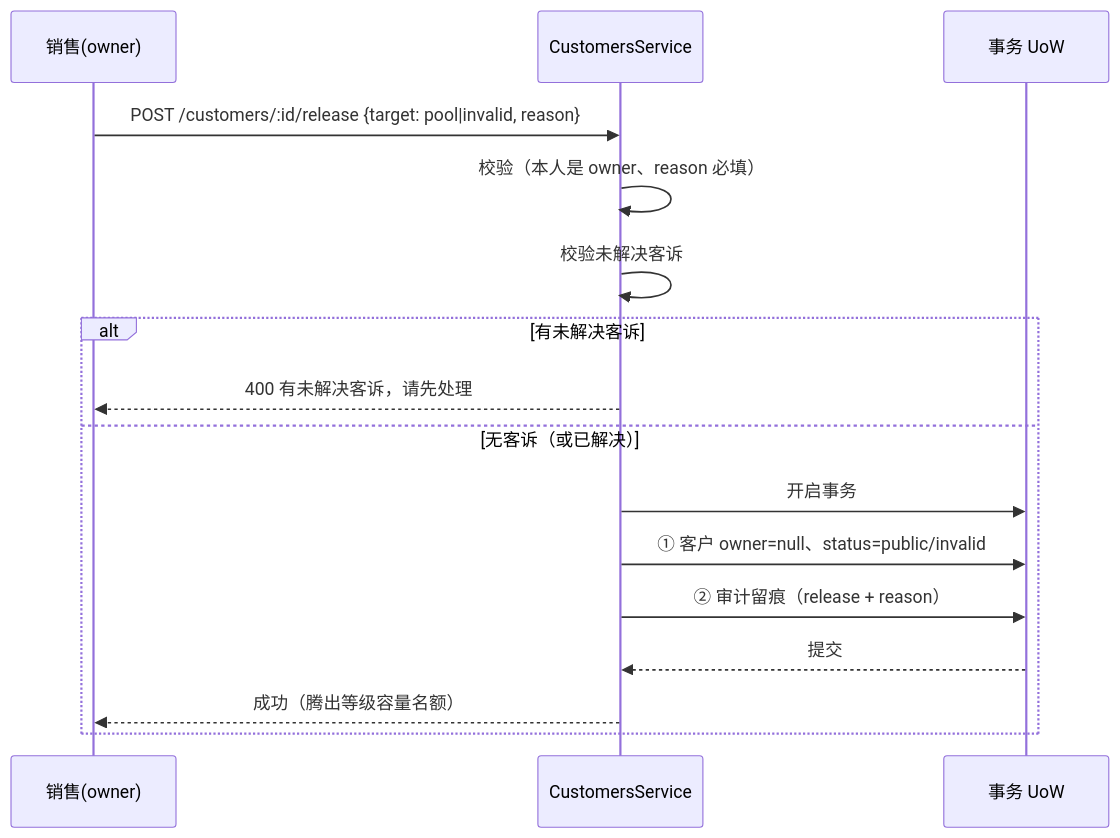
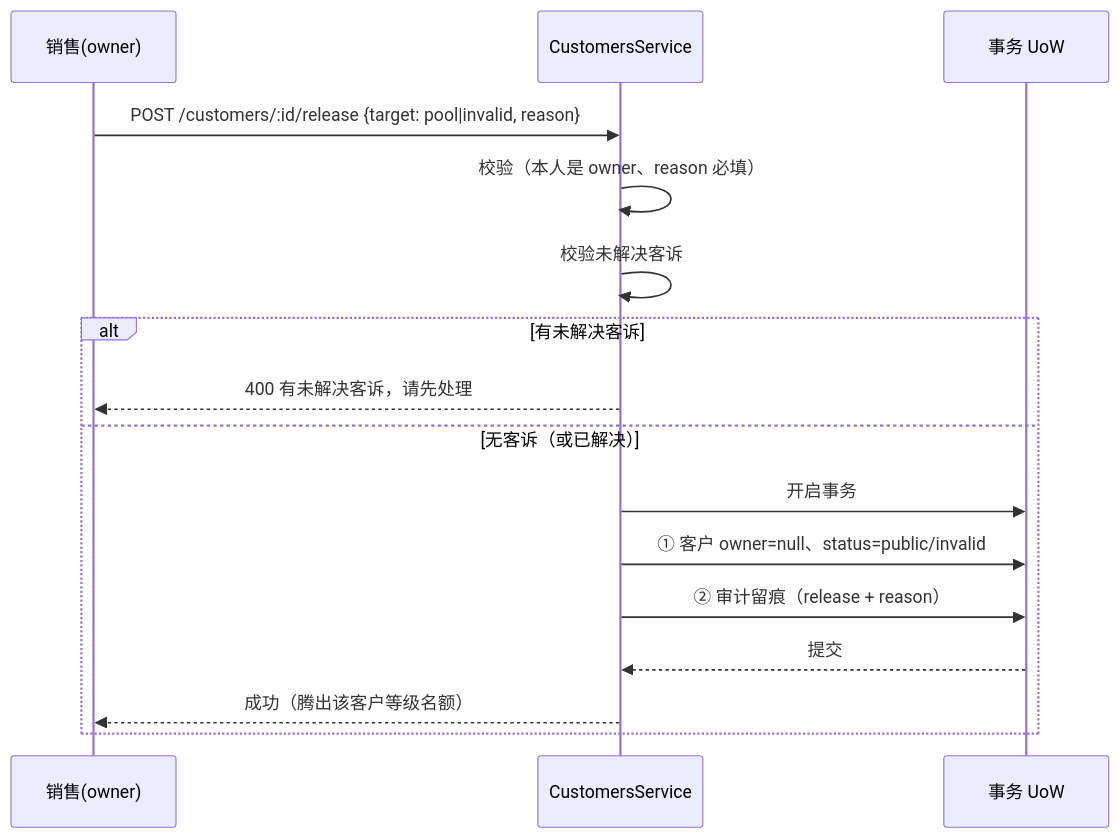
One commit to lixiname/LITECRM changed diagram 13 of 26 in docs/重构架构决策与实施蓝图.md. Above: the diagram before and after it, drawn with Mermaid. The commit also changed other lines of this file and 8 other files, not shown here.

````diff
--- a/docs/重构架构决策与实施蓝图.md
+++ b/docs/重构架构决策与实施蓝图.md
@@ -892,18 +952,18 @@
 ```mermaid
 sequenceDiagram
     participant S as 销售(owner)
     participant C as CustomersService
     participant T as 事务 UoW
     S->>C: POST /customers/:id/release {target: pool|invalid, reason}
     C->>C: 校验（本人是 owner、reason 必填）
     C->>C: 校验未解决客诉
     alt 有未解决客诉
         C-->>S: 400 有未解决客诉，请先处理
     else 无客诉（或已解决）
         C->>T: 开启事务
         C->>T: ① 客户 owner=null、status=public/invalid
         C->>T: ② 审计留痕（release + reason）
         T-->>C: 提交
-        C-->>S: 成功（腾出等级容量名额）
+        C-->>S: 成功（腾出该客户等级名额）
     end
 ```
````
